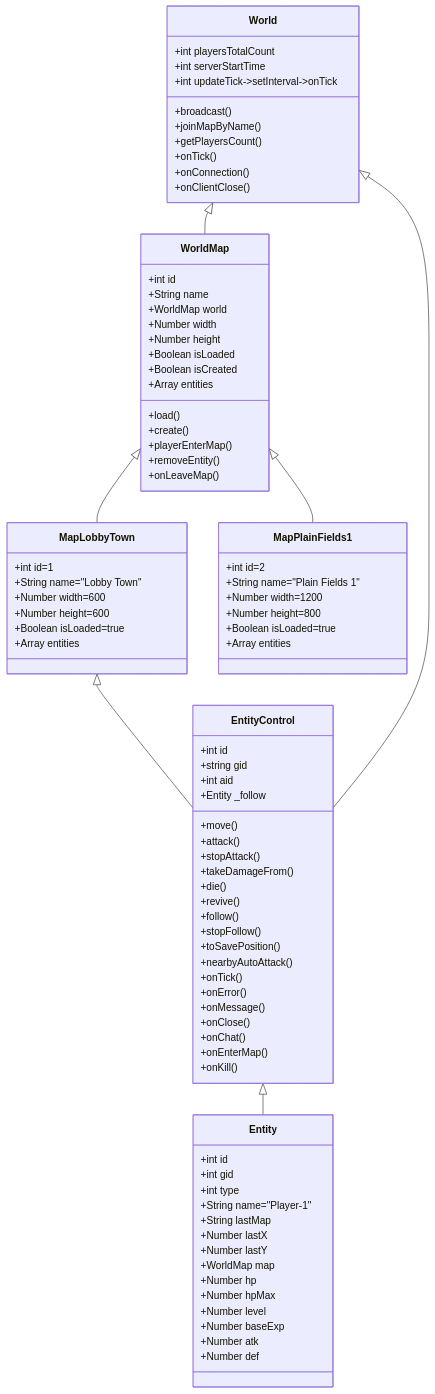
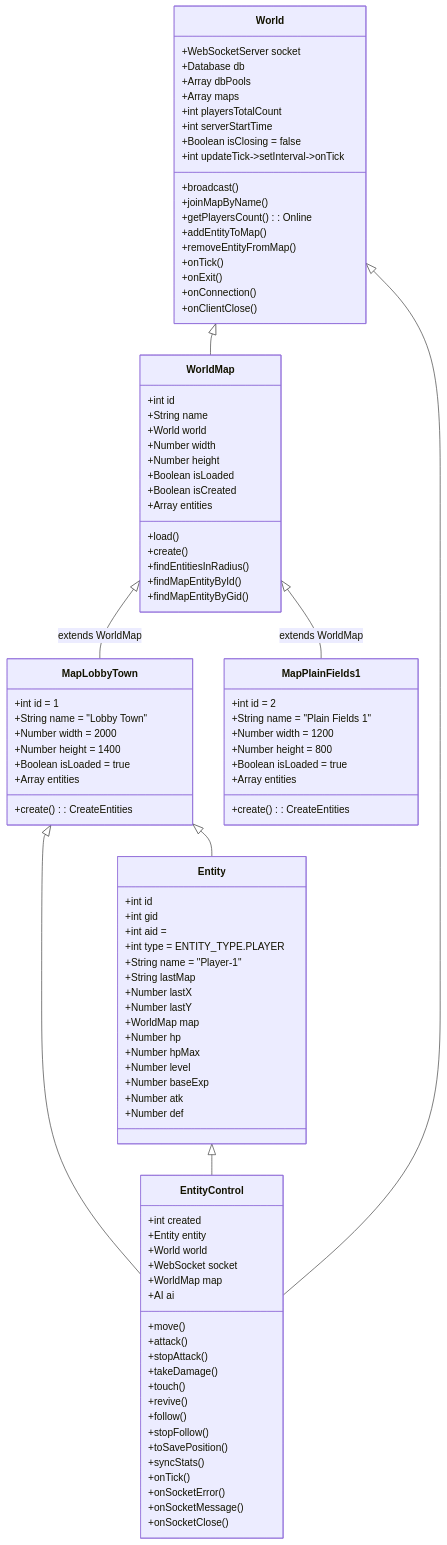
One commit to Sehrentos/nodejs-game-server changed the diagram in docs/README.md. Above: the diagram before and after it, drawn with Mermaid. The commit also changed other lines of this file and 8 other files, not shown here.

Commit message:
updated README, docs and diagrams. add LICENSE

````diff
--- a/docs/README.md
+++ b/docs/README.md
@@ -6,88 +9,101 @@
 ```mermaid
 classDiagram
-    World <|-- WorldMap
-    World: +int playersTotalCount
-    World: +int serverStartTime
-    World: +int updateTick->setInterval->onTick
-    World: +broadcast()
-    World: +joinMapByName()
-    World: +getPlayersCount()
-    World: +onTick()
-    World: +onConnection()
-    World: +onClientClose()
-    class WorldMap{
-      +int id
-      +String name
-      +WorldMap world
-      +Number width
-      +Number height
-      +Boolean isLoaded
-      +Boolean isCreated
-      +Array entities
-      +load()
-      +create()
-      +playerEnterMap()
-      +removeEntity()
-      +onLeaveMap()
-    }
-    WorldMap <|-- MapLobbyTown
-    MapLobbyTown <|-- EntityControl
-    class MapLobbyTown{
-      +int id=1
-      +String name="Lobby Town"
-      +Number width=600
-      +Number height=600
-      +Boolean isLoaded=true
-      +Array entities
-    }
-    WorldMap <|-- MapPlainFields1
-    class MapPlainFields1{
-      +int id=2
-      +String name="Plain Fields 1"
-      +Number width=1200
-      +Number height=800
-      +Boolean isLoaded=true
-      +Array entities
-    }
-    EntityControl <|-- Entity
-    World <|-- EntityControl
-    class EntityControl {
-        +int id
-        +string gid
-        +int aid
-        +Entity _follow
-        +move()
-        +attack()
-        +stopAttack()
-        +takeDamageFrom()
-        +die()
-        +revive()
-        +follow()
-        +stopFollow()
-        +toSavePosition()
-        +nearbyAutoAttack()
-        +onTick()
-        +onError()
-        +onMessage()
-        +onClose()
-        +onChat()
-        +onEnterMap()
-        +onKill()
-    }
-    class Entity {
-        +int id
-        +int gid
-        +int type
-        +String name="Player-1"
-        +String lastMap
-        +Number lastX
-        +Number lastY
-        +WorldMap map
-        +Number hp
-        +Number hpMax
-        +Number level
-        +Number baseExp
-        +Number atk
-        +Number def
-    }
+  World <|-- WorldMap
+  class World{
+    +WebSocketServer socket
+    +Database db
+    +Array dbPools
+    +Array maps
+    +int playersTotalCount
+    +int serverStartTime
+    +Boolean isClosing = false
+    +int updateTick->setInterval->onTick
+    +broadcast()
+    +joinMapByName()
+    +getPlayersCount(): Online
+    +addEntityToMap()
+    +removeEntityFromMap()
+    +onTick()
+    +onExit()
+    +onConnection()
+    +onClientClose()
+  }
+  class WorldMap{
+    +int id
+    +String name
+    +World world
+    +Number width
+    +Number height
+    +Boolean isLoaded
+    +Boolean isCreated
+    +Array entities
+    +load()
+    +create()
+    +findEntitiesInRadius()
+    +findMapEntityById()
+    +findMapEntityByGid()
+  }
+  WorldMap <|-- MapLobbyTown: extends WorldMap
+  MapLobbyTown <|-- EntityControl
+  class MapLobbyTown {
+    +int id = 1
+    +String name = "Lobby Town"
+    +Number width = 2000
+    +Number height = 1400
+    +Boolean isLoaded = true
+    +Array entities
+    +create(): CreateEntities
+  }
+  WorldMap <|-- MapPlainFields1: extends WorldMap
+  class MapPlainFields1{
+    +int id = 2
+    +String name = "Plain Fields 1"
+    +Number width = 1200
+    +Number height = 800
+    +Boolean isLoaded = true
+    +Array entities
+    +create(): CreateEntities
+  }
+  MapLobbyTown <|-- Entity
+  Entity <|-- EntityControl
+  class Entity {
+    +int id
+    +int gid
+    +int aid = 
+    +int type = ENTITY_TYPE.PLAYER
+    +String name = "Player-1"
+    +String lastMap
+    +Number lastX
+    +Number lastY
+    +WorldMap map
+    +Number hp
+    +Number hpMax
+    +Number level
+    +Number baseExp
+    +Number atk
+    +Number def
+  }
+  World <|-- EntityControl
+  class EntityControl {
+    +int created
+    +Entity entity
+    +World world
+    +WebSocket socket
+    +WorldMap map
+    +AI ai
+    +move()
+    +attack()
+    +stopAttack()
+    +takeDamage()
+    +touch()
+    +revive()
+    +follow()
+    +stopFollow()
+    +toSavePosition()
+    +syncStats()
+    +onTick()
+    +onSocketError()
+    +onSocketMessage()
+    +onSocketClose()
+  }
 ```
````
